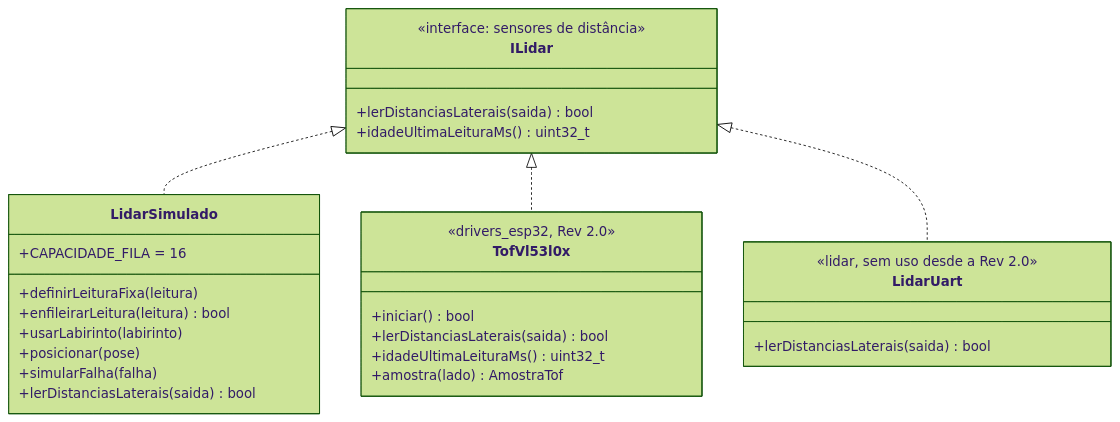
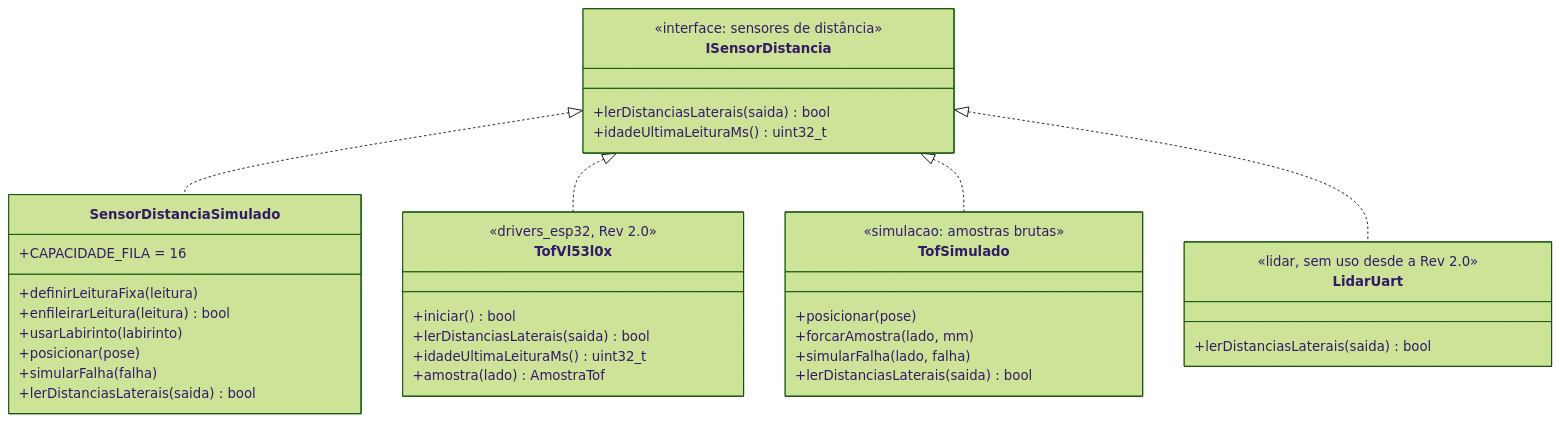
One commit to claudiohsc/2026_2_PI1_Grupo01_Hilmer-1 changed the third of 9 diagrams in docs/04-projeto-conceitual/firmware.md. Above: the diagram before and after it, drawn with Mermaid (forest theme). The commit also changed other lines of this file and 1 other file, not shown here.

````diff
--- a/docs/04-projeto-conceitual/firmware.md
+++ b/docs/04-projeto-conceitual/firmware.md
@@ -180,31 +179,39 @@
 ```mermaid
 classDiagram
-    class ILidar {
+    class ISensorDistancia {
         <<interface: sensores de distância>>
         +lerDistanciasLaterais(saida) bool
         +idadeUltimaLeituraMs() uint32_t
     }
-    class LidarSimulado {
+    class SensorDistanciaSimulado {
         +CAPACIDADE_FILA = 16
         +definirLeituraFixa(leitura)
         +enfileirarLeitura(leitura) bool
         +usarLabirinto(labirinto)
         +posicionar(pose)
         +simularFalha(falha)
         +lerDistanciasLaterais(saida) bool
     }
     class TofVl53l0x {
         <<drivers_esp32, Rev 2.0>>
         +iniciar() bool
         +lerDistanciasLaterais(saida) bool
         +idadeUltimaLeituraMs() uint32_t
         +amostra(lado) AmostraTof
     }
+    class TofSimulado {
+        <<simulacao: amostras brutas>>
+        +posicionar(pose)
+        +forcarAmostra(lado, mm)
+        +simularFalha(lado, falha)
+        +lerDistanciasLaterais(saida) bool
+    }
     class LidarUart {
         <<lidar, sem uso desde a Rev 2.0>>
         +lerDistanciasLaterais(saida) bool
     }
-    ILidar <|.. LidarSimulado
-    ILidar <|.. TofVl53l0x
-    ILidar <|.. LidarUart
+    ISensorDistancia <|.. SensorDistanciaSimulado
+    ISensorDistancia <|.. TofVl53l0x
+    ISensorDistancia <|.. TofSimulado
+    ISensorDistancia <|.. LidarUart
 ```
````
